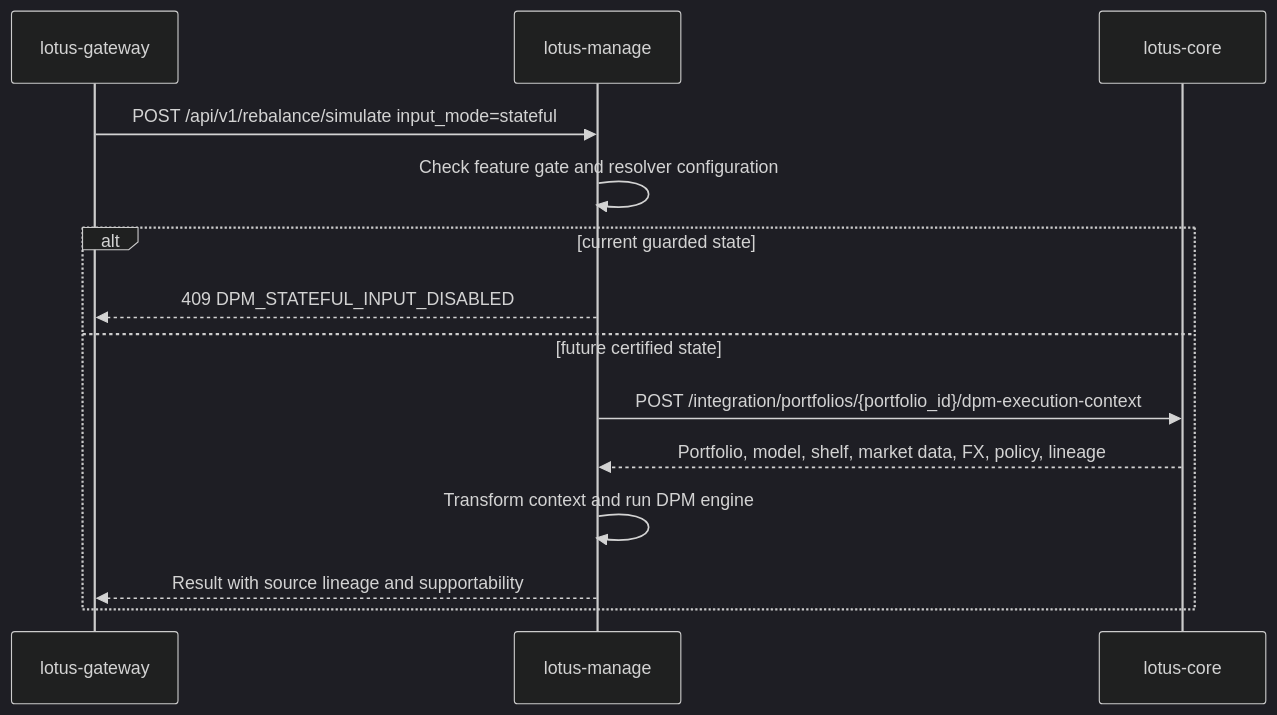
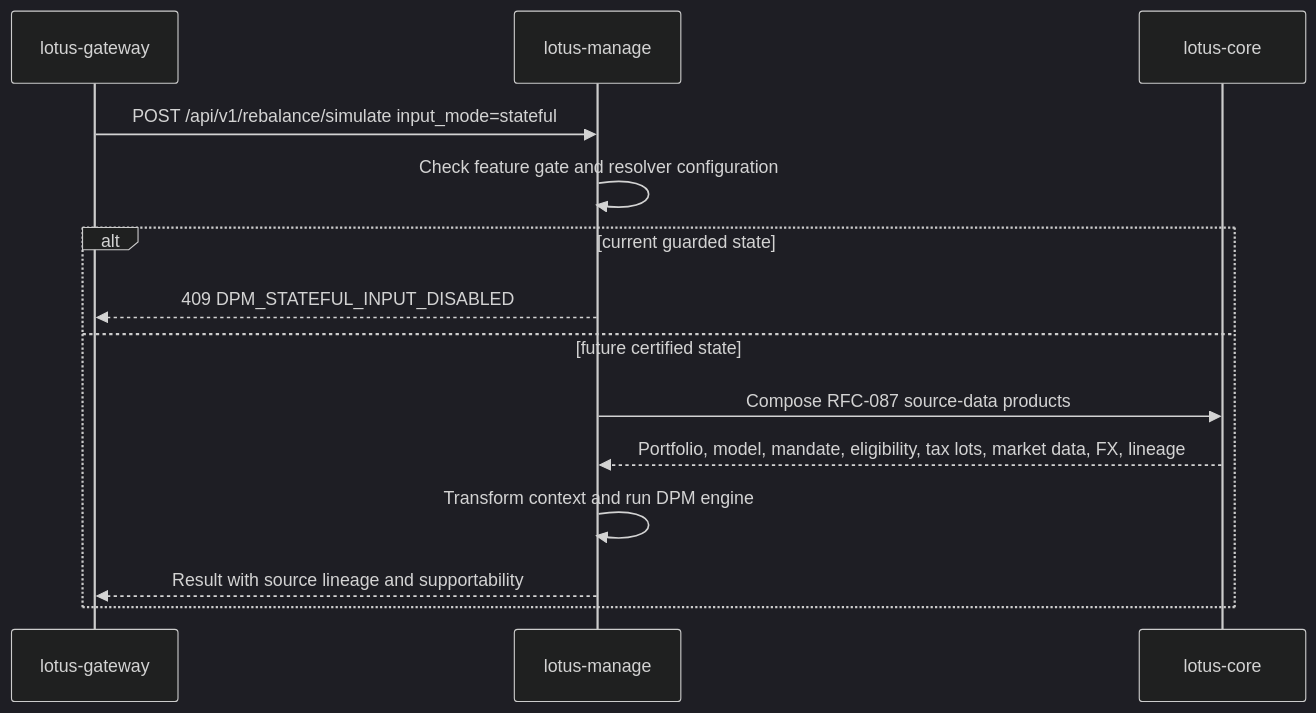
One commit to sgajbi/lotus-manage changed the diagram in wiki/Integrations.md. Above: the diagram before and after it, drawn with Mermaid (dark theme). The commit also changed other lines of this file and 9 other files, not shown here.

Commit message:
Rebaseline manage stateful sourcing to RFC087

````diff
--- a/wiki/Integrations.md
+++ b/wiki/Integrations.md
@@ -24,16 +24,16 @@
 ```mermaid
 sequenceDiagram
     participant Gateway as lotus-gateway
     participant Manage as lotus-manage
     participant Core as lotus-core
     Gateway->>Manage: POST /api/v1/rebalance/simulate input_mode=stateful
     Manage->>Manage: Check feature gate and resolver configuration
     alt current guarded state
         Manage-->>Gateway: 409 DPM_STATEFUL_INPUT_DISABLED
     else future certified state
-        Manage->>Core: POST /integration/portfolios/{portfolio_id}/dpm-execution-context
-        Core-->>Manage: Portfolio, model, shelf, market data, FX, policy, lineage
+        Manage->>Core: Compose RFC-087 source-data products
+        Core-->>Manage: Portfolio, model, mandate, eligibility, tax lots, market data, FX, lineage
         Manage->>Manage: Transform context and run DPM engine
         Manage-->>Gateway: Result with source lineage and supportability
     end
 ```
````
